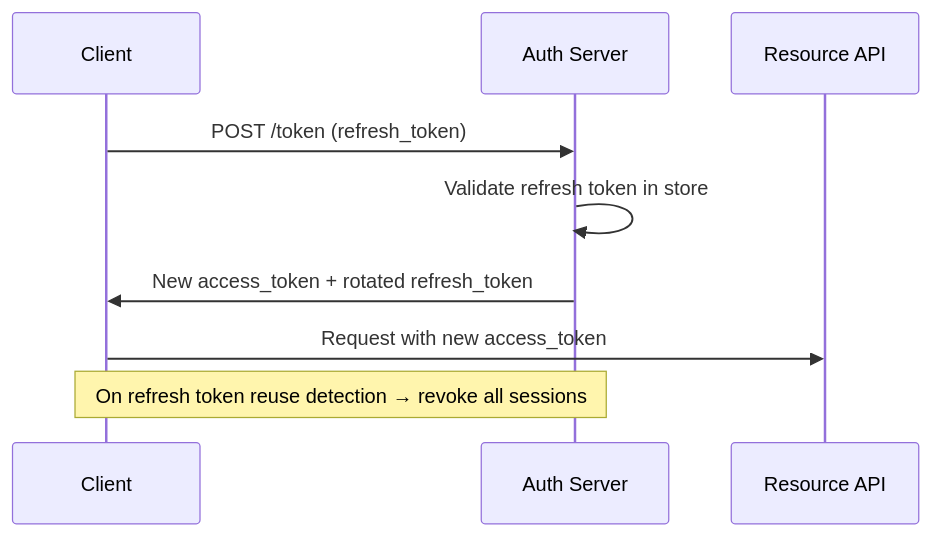
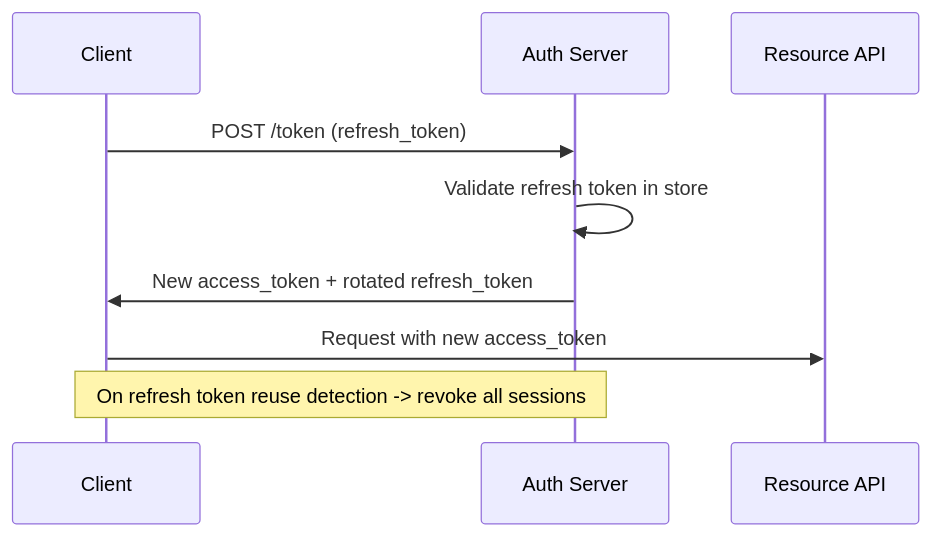
One commit to hareramcse/SystemDesign changed the ninth of 25 diagrams in 10-security/README.md. Above: the diagram before and after it, drawn with Mermaid. The commit also changed other lines of this file and 14 other files, not shown here.

````diff
--- a/10-security/README.md
+++ b/10-security/README.md
@@ -570,12 +570,12 @@
 ```mermaid
 sequenceDiagram
     participant C as Client
     participant AS as Auth Server
     participant API as Resource API
 
     C->>AS: POST /token (refresh_token)
     AS->>AS: Validate refresh token in store
     AS->>C: New access_token + rotated refresh_token
     C->>API: Request with new access_token
-    Note over C,AS: On refresh token reuse detection → revoke all sessions
+    Note over C,AS: On refresh token reuse detection -> revoke all sessions
 ```
````
